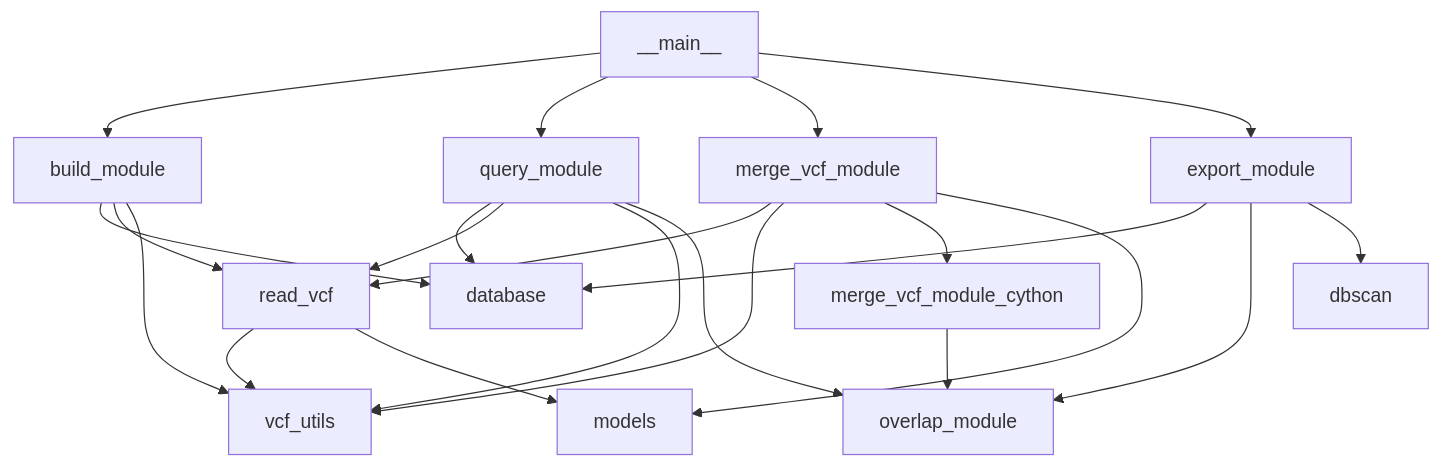
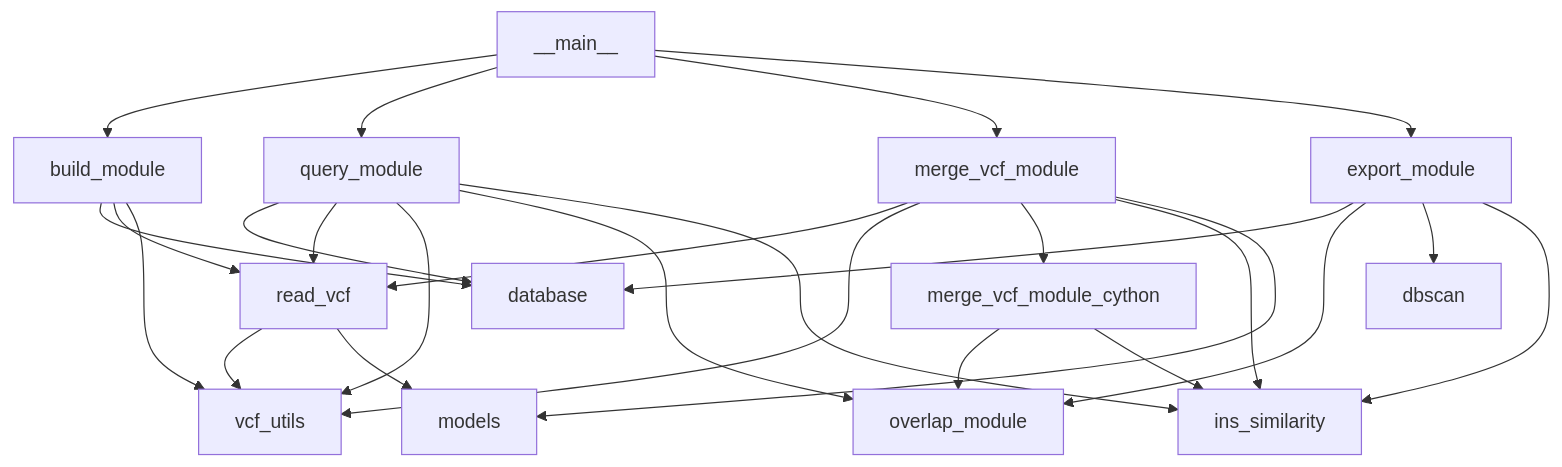
The first of 2 diagrams in docs/architecture.md (J35P312/SVDB), drawn with Mermaid before and after one commit. The commit also changed other lines of this file, not shown here.

First line of the commit message:
Update architecture docs for issue #82 changes

````diff
--- a/docs/architecture.md
+++ b/docs/architecture.md
@@ -22,29 +23,33 @@
 ```mermaid
 graph TD
     main[__main__] --> build_module
     main --> query_module
     main --> merge_vcf_module
     main --> export_module
 
     build_module --> database
     build_module --> read_vcf
     build_module --> vcf_utils
 
     query_module --> database
     query_module --> read_vcf
     query_module --> vcf_utils
     query_module --> overlap_module
+    query_module --> ins_similarity
 
     merge_vcf_module --> read_vcf
     merge_vcf_module --> vcf_utils
     merge_vcf_module --> merge_vcf_module_cython
+    merge_vcf_module --> ins_similarity
     merge_vcf_module_cython --> overlap_module
+    merge_vcf_module_cython --> ins_similarity
 
     export_module --> database
     export_module --> overlap_module
     export_module --> dbscan
+    export_module --> ins_similarity
 
     read_vcf --> vcf_utils
     read_vcf --> models
     merge_vcf_module --> models
 ```
````
